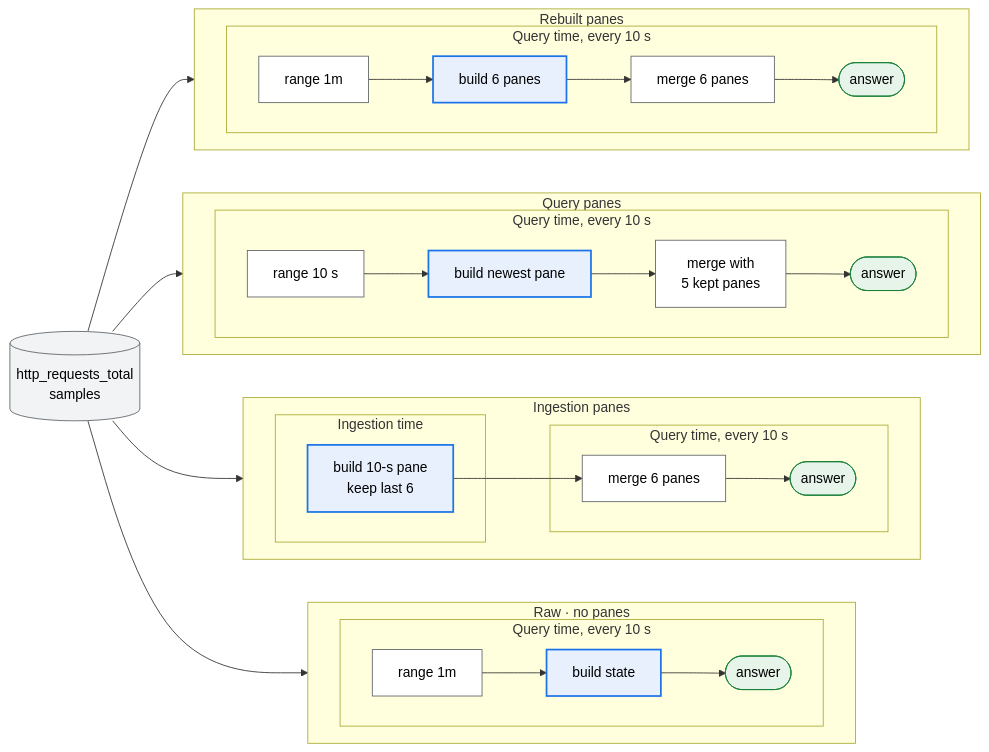
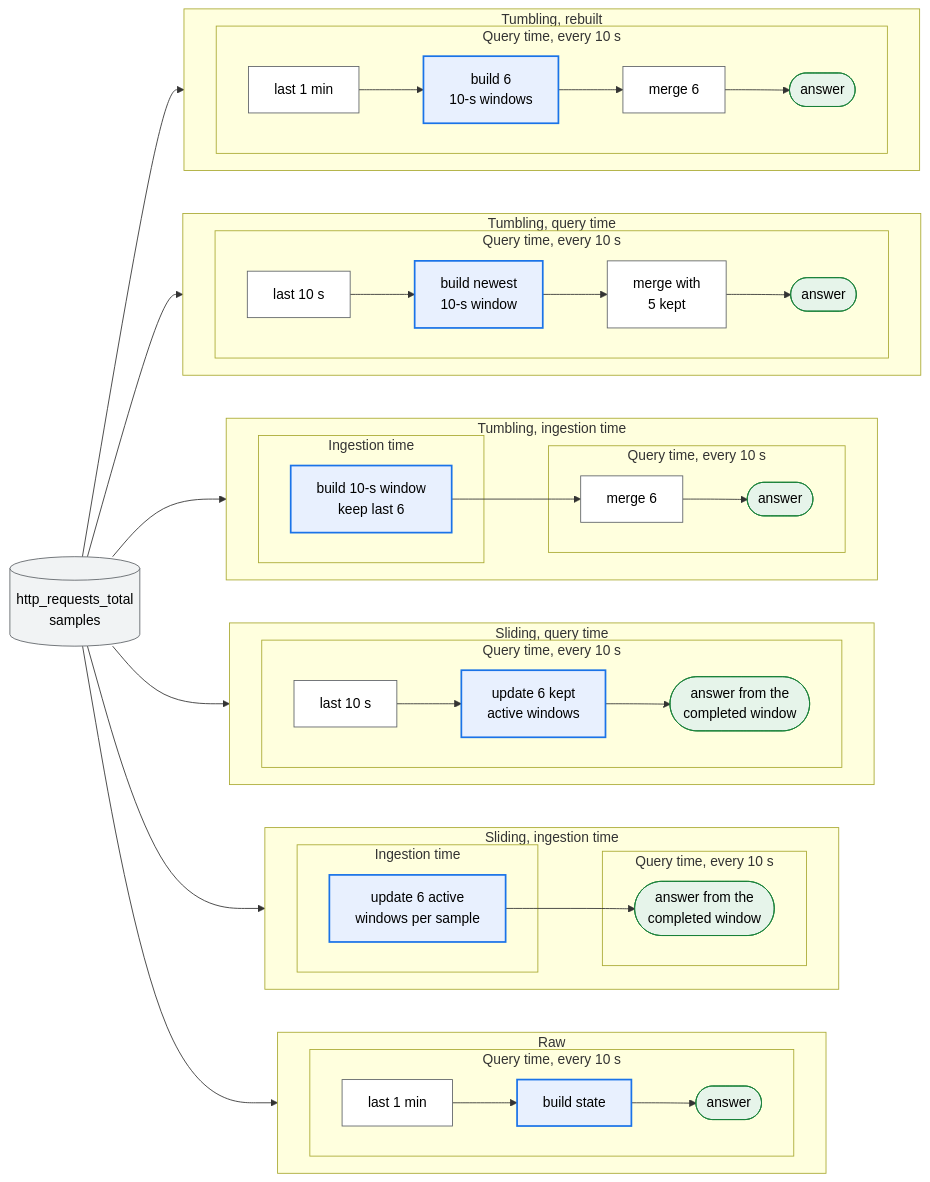
The fourth of 10 diagrams in docs/design_docs/proposals/planner-layering.md (ProjectASAP/ASAPPlanner), drawn with Mermaid before and after one commit. The commit also changed other lines of this file, not shown here.

````diff
--- a/docs/design_docs/proposals/planner-layering.md
+++ b/docs/design_docs/proposals/planner-layering.md
@@ -483,45 +493,65 @@
 ```mermaid
 flowchart LR
   in[("http_requests_total<br/>samples")]:::data
 
-  subgraph R["Raw · no panes"]
+  subgraph R["Raw"]
     direction LR
     subgraph RQ["Query time, every 10 s"]
-      r1["range 1m"]:::exact --> r2["build state"]:::summary --> r3(["answer"]):::estimate
+      r1["last 1 min"]:::exact --> r2["build state"]:::summary --> r3(["answer"]):::estimate
     end
   end
 
-  subgraph IP["Ingestion panes"]
+  subgraph SI["Sliding, ingestion time"]
     direction LR
-    subgraph IPI["Ingestion time"]
-      i1["build 10-s pane<br/>keep last 6"]:::summary
+    subgraph SII["Ingestion time"]
+      s1["update 6 active<br/>windows per sample"]:::summary
     end
-    subgraph IPQ["Query time, every 10 s"]
-      i2["merge 6 panes"]:::exact --> i3(["answer"]):::estimate
+    subgraph SIQ["Query time, every 10 s"]
+      s2(["answer from the<br/>completed window"]):::estimate
     end
-    i1 --> i2
+    s1 --> s2
   end
 
-  subgraph QP["Query panes"]
+  subgraph SQ["Sliding, query time"]
     direction LR
-    subgraph QPQ["Query time, every 10 s"]
-      q1["range 10 s"]:::exact --> q2["build newest pane"]:::summary --> q3["merge with<br/>5 kept panes"]:::exact --> q4(["answer"]):::estimate
+    subgraph SQQ["Query time, every 10 s"]
+      t1["last 10 s"]:::exact --> t2["update 6 kept<br/>active windows"]:::summary --> t3(["answer from the<br/>completed window"]):::estimate
     end
   end
 
-  subgraph RB["Rebuilt panes"]
+  subgraph TI["Tumbling, ingestion time"]
     direction LR
-    subgraph RBQ["Query time, every 10 s"]
-      b1["range 1m"]:::exact --> b2["build 6 panes"]:::summary --> b3["merge 6 panes"]:::exact --> b4(["answer"]):::estimate
+    subgraph TII["Ingestion time"]
+      u1["build 10-s window<br/>keep last 6"]:::summary
+    end
+    subgraph TIQ["Query time, every 10 s"]
+      u2["merge 6"]:::exact --> u3(["answer"]):::estimate
+    end
+    u1 --> u2
+  end
+
+  subgraph TQ["Tumbling, query time"]
+    direction LR
+    subgraph TQQ["Query time, every 10 s"]
+      v1["last 10 s"]:::exact --> v2["build newest<br/>10-s window"]:::summary --> v3["merge with<br/>5 kept"]:::exact --> v4(["answer"]):::estimate
+    end
+  end
+
+  subgraph TR["Tumbling, rebuilt"]
+    direction LR
+    subgraph TRQ["Query time, every 10 s"]
+      w1["last 1 min"]:::exact --> w2["build 6<br/>10-s windows"]:::summary --> w3["merge 6"]:::exact --> w4(["answer"]):::estimate
     end
   end
 
   in --> r1
-  in --> i1
-  in --> q1
-  in --> b1
+  in --> s1
+  in --> t1
+  in --> u1
+  in --> v1
+  in --> w1
   classDef data fill:#f1f3f4,stroke:#5f6368,color:#000;
   classDef exact fill:#fff,stroke:#5f6368,color:#000;
   classDef summary fill:#e8f0fe,stroke:#1a73e8,stroke-width:2px,color:#000;
   classDef estimate fill:#e6f4ea,stroke:#188038,color:#000;
 ```
````
